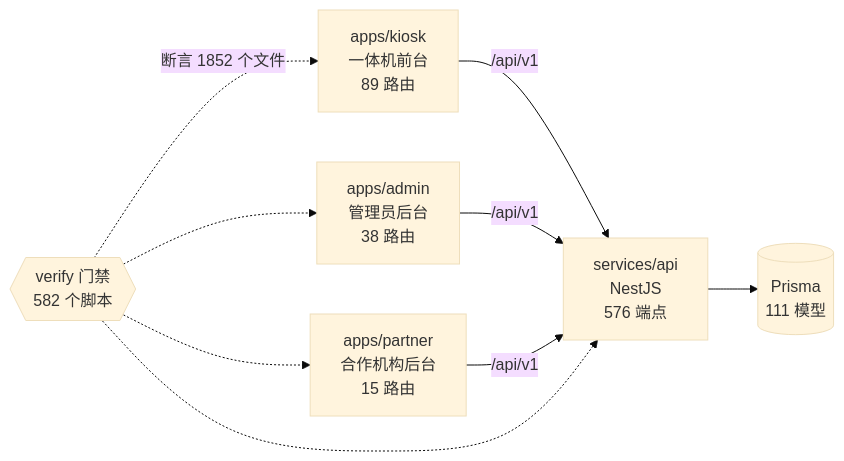
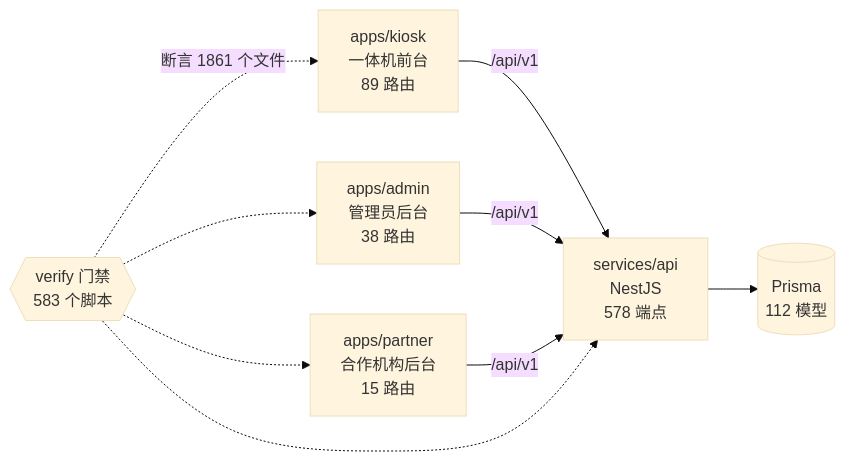
One commit to wanglei581/YITIJI changed the diagram in docs/graph/README.md. Above: the diagram before and after it, drawn with Mermaid (base theme). The commit also changed other lines of this file and 4 other files, not shown here.

Commit message:
chore(graph): 重生图谱

````diff
--- a/docs/graph/README.md
+++ b/docs/graph/README.md
@@ -68,18 +68,18 @@
 ```mermaid
 flowchart LR
   kiosk["apps/kiosk<br/>一体机前台<br/>89 路由"]
   admin["apps/admin<br/>管理员后台<br/>38 路由"]
   partner["apps/partner<br/>合作机构后台<br/>15 路由"]
-  api["services/api<br/>NestJS<br/>576 端点"]
-  db[("Prisma<br/>111 模型")]
-  gates{{"verify 门禁<br/>582 个脚本"}}
+  api["services/api<br/>NestJS<br/>578 端点"]
+  db[("Prisma<br/>112 模型")]
+  gates{{"verify 门禁<br/>583 个脚本"}}
 
   kiosk -->|"/api/v1"| api
   admin -->|"/api/v1"| api
   partner -->|"/api/v1"| api
   api --> db
-  gates -.->|"断言 1852 个文件"| kiosk
+  gates -.->|"断言 1861 个文件"| kiosk
   gates -.-> admin
   gates -.-> partner
   gates -.-> api
 ```
````
